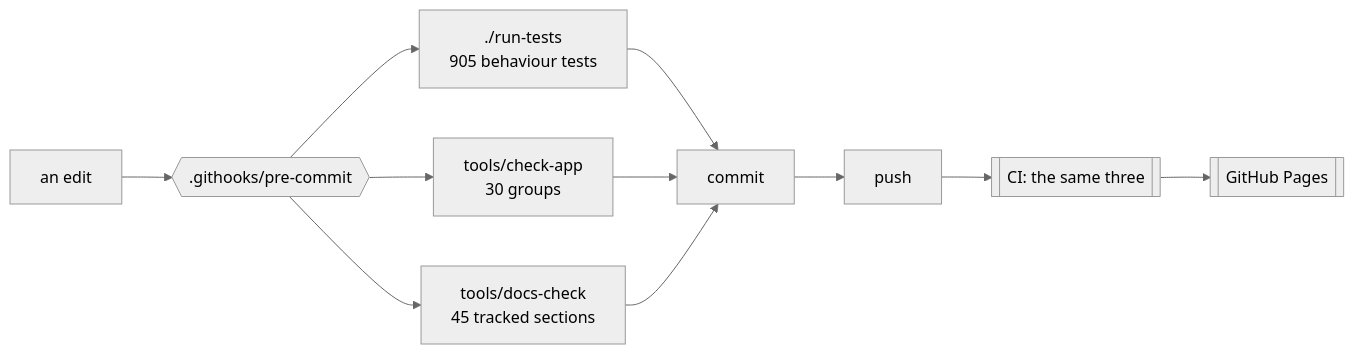
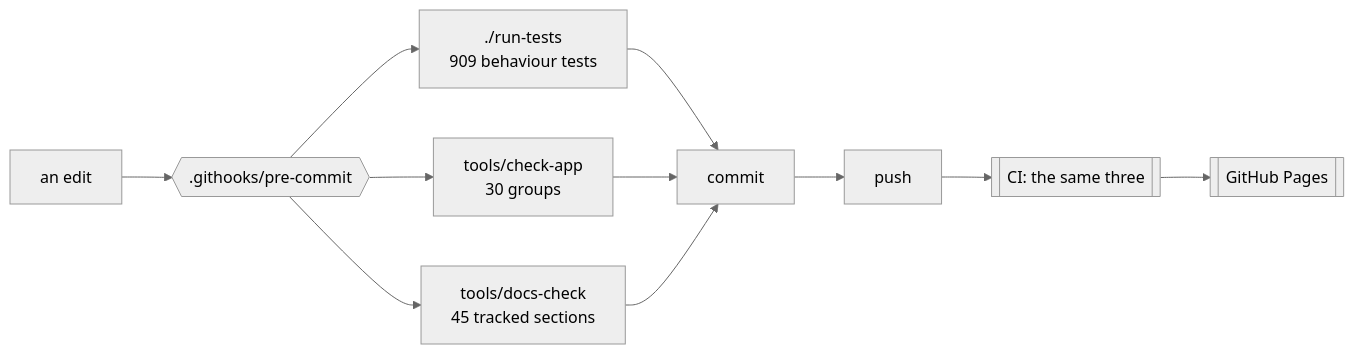
The first of 3 diagrams in docs/DEVELOPING.md (minormending/crystal-pilot-mobile), drawn with Mermaid (neutral theme) before and after one commit. The commit also changed other lines of this file and 2 other files, not shown here.

````diff
--- a/docs/DEVELOPING.md
+++ b/docs/DEVELOPING.md
@@ -15,12 +15,12 @@
 ```mermaid
 flowchart LR
     E[an edit] --> H{{".githooks/pre-commit"}}
-    H --> T["./run-tests<br/>905 behaviour tests"]
+    H --> T["./run-tests<br/>909 behaviour tests"]
     H --> C["tools/check-app<br/>30 groups"]
     H --> D["tools/docs-check<br/>45 tracked sections"]
     T --> OK[commit]
     C --> OK
     D --> OK
     OK --> P[push] --> CI[["CI: the same three"]]
     CI --> PG[[GitHub Pages]]
 ```
````
